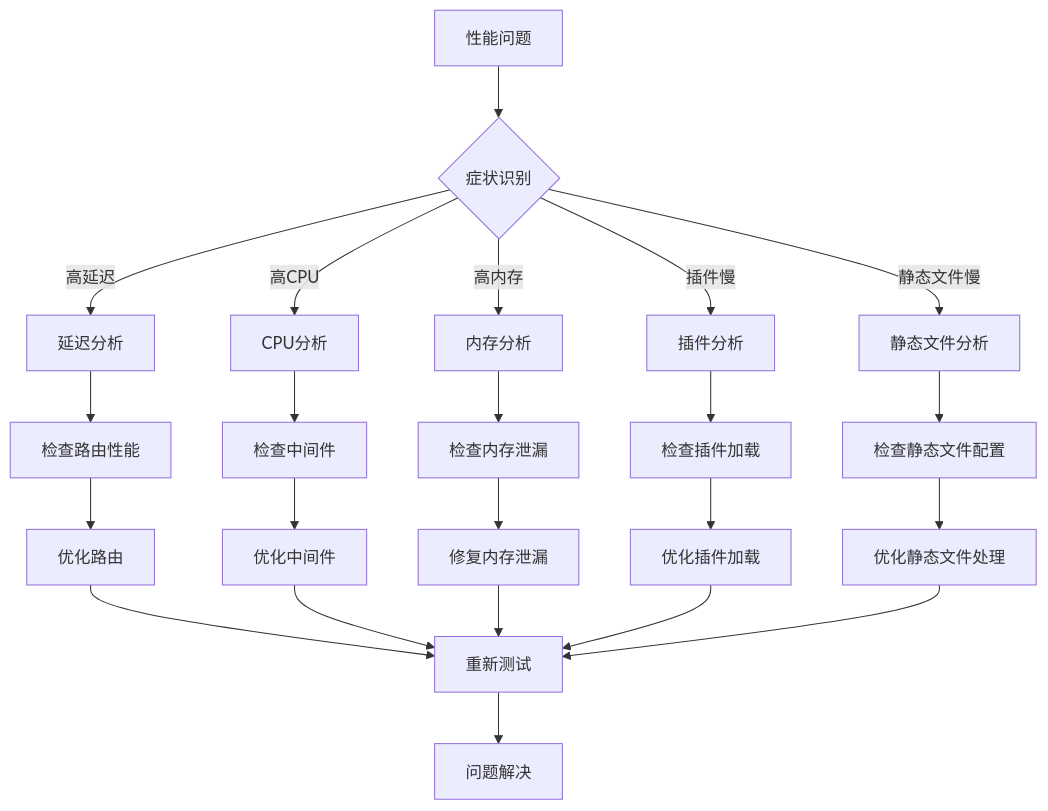
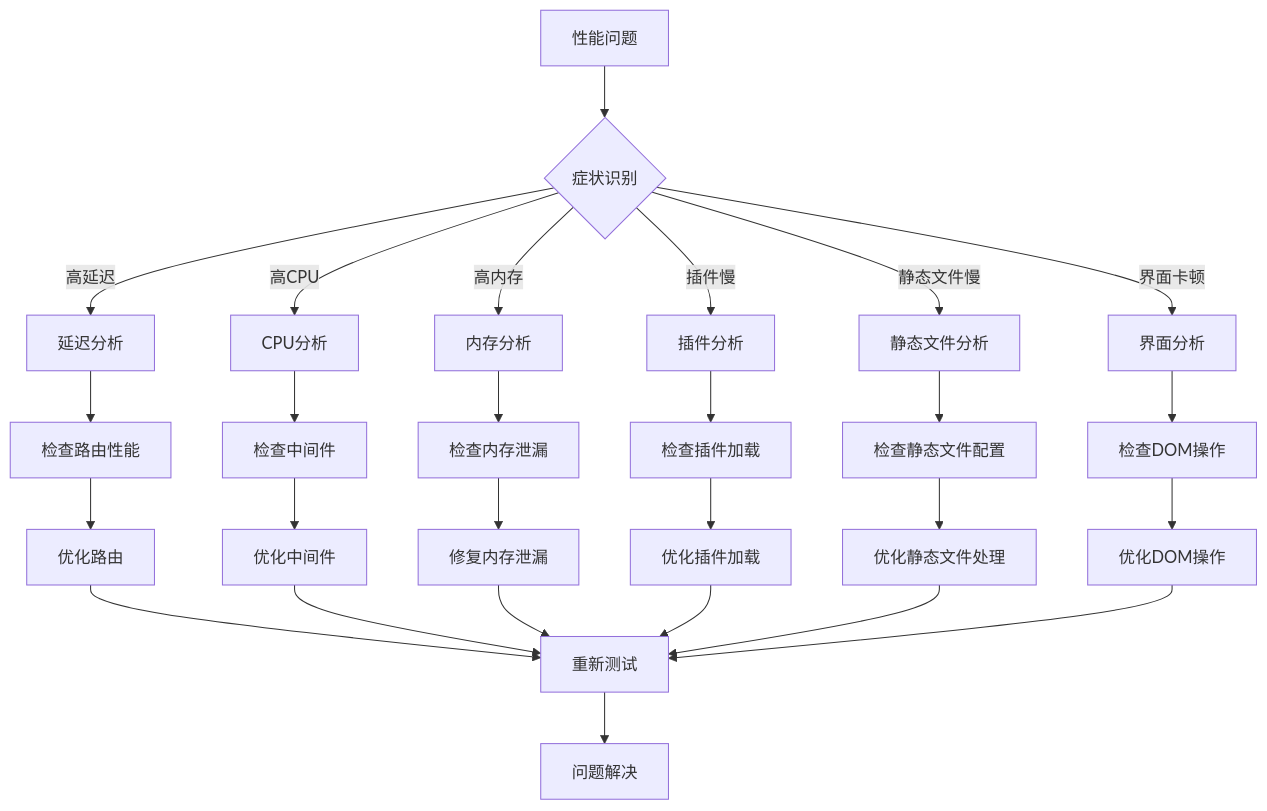
Diagram 16 of 16 in .qoder/repowiki/zh/content/后端框架测试/Fastify高性能框架测试.md (esa-sp/test-for-aone-ci), drawn with Mermaid before and after one commit. The commit also changed other lines of this file and 39 other files, not shown here.

````diff
--- a/.qoder/repowiki/zh/content/后端框架测试/Fastify高性能框架测试.md
+++ b/.qoder/repowiki/zh/content/后端框架测试/Fastify高性能框架测试.md
@@ -621,25 +745,29 @@
 ```mermaid
 flowchart TD
 Problem[性能问题] --> Symptom{症状识别}
 Symptom --> |高延迟| Latency[延迟分析]
 Symptom --> |高CPU| CPU[CPU分析]
 Symptom --> |高内存| Memory[内存分析]
 Symptom --> |插件慢| Plugin[插件分析]
 Symptom --> |静态文件慢| Static[静态文件分析]
+Symptom --> |界面卡顿| Interface[界面分析]
 Latency --> CheckRoutes[检查路由性能]
 CheckRoutes --> OptimizeRoutes[优化路由]
 CPU --> CheckMiddleware[检查中间件]
 CheckMiddleware --> OptimizeMiddleware[优化中间件]
 Memory --> CheckLeaks[检查内存泄漏]
 CheckLeaks --> FixLeaks[修复内存泄漏]
 Plugin --> CheckPluginLoad[检查插件加载]
 CheckPluginLoad --> OptimizePluginLoad[优化插件加载]
 Static --> CheckStaticFiles[检查静态文件配置]
 CheckStaticFiles --> OptimizeStaticFiles[优化静态文件处理]
+Interface --> CheckDOMOps[检查DOM操作]
+CheckDOMOps --> OptimizeDOM[优化DOM操作]
 OptimizeRoutes --> Test[重新测试]
 OptimizeMiddleware --> Test
 FixLeaks --> Test
 OptimizePluginLoad --> Test
 OptimizeStaticFiles --> Test
+OptimizeDOM --> Test
 Test --> Resolve[问题解决]
 ```
````
